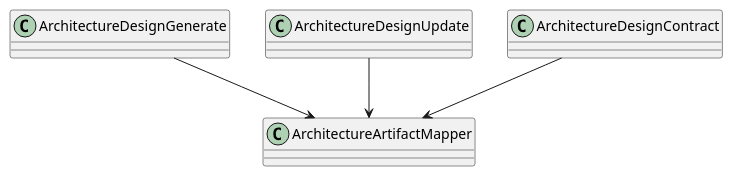
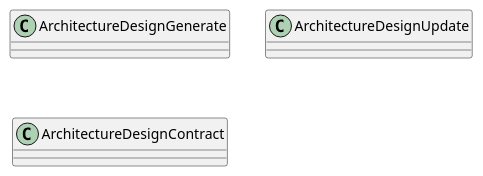
One commit to lucky-chen/ai_workflow_travel changed the first of 4 diagrams in project_layer/docs/breakdown_docs/architecture_design.md. Above: the diagram before and after it, drawn with PlantUML. The commit also changed other lines of this file and 16 other files, not shown here.

````diff
--- a/project_layer/docs/breakdown_docs/architecture_design.md
+++ b/project_layer/docs/breakdown_docs/architecture_design.md
@@ -48,12 +50,7 @@
 ```plantuml
 @startuml
 class ArchitectureDesignGenerate
 class ArchitectureDesignUpdate
 class ArchitectureDesignContract
-class ArchitectureArtifactMapper
-
-ArchitectureDesignGenerate --> ArchitectureArtifactMapper
-ArchitectureDesignUpdate --> ArchitectureArtifactMapper
-ArchitectureDesignContract --> ArchitectureArtifactMapper
 @enduml
 ```
````
